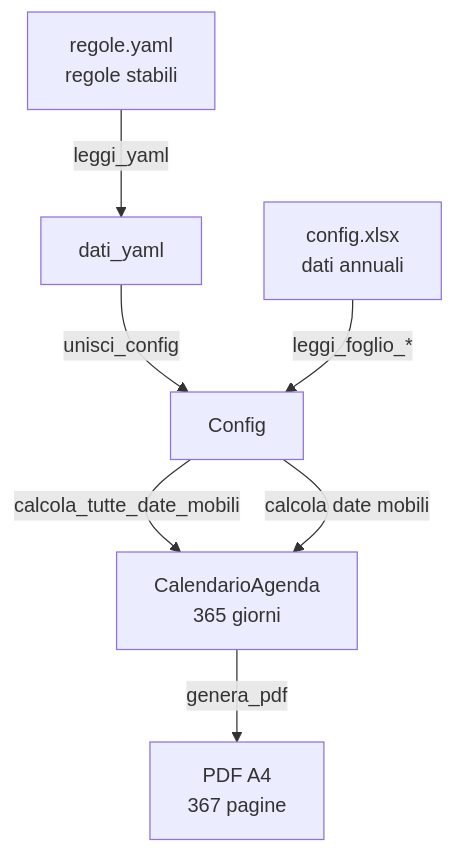
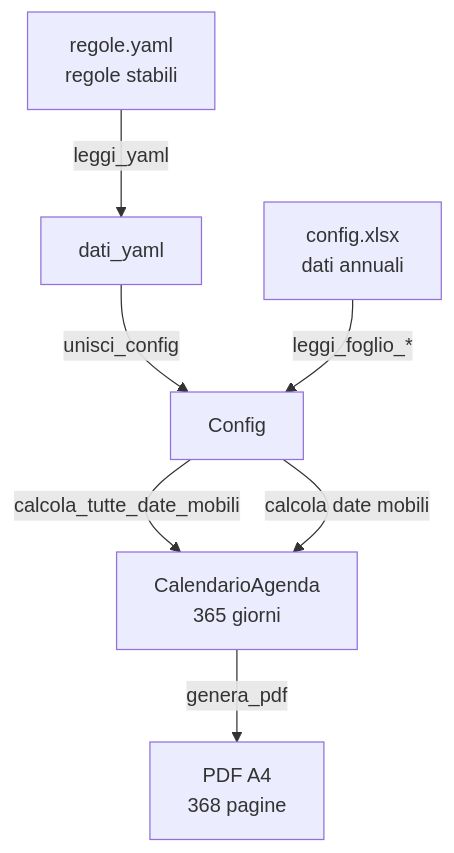
One commit to hac114/agenda-parrocchiale changed the diagram in docs/ARCHITETTURA.md. Above: the diagram before and after it, drawn with Mermaid. The commit also changed other lines of this file and 6 other files, not shown here.

````diff
--- a/docs/ARCHITETTURA.md
+++ b/docs/ARCHITETTURA.md
@@ -49,9 +49,9 @@
 ```mermaid
 flowchart TD
     A[regole.yaml<br/>regole stabili] -->|leggi_yaml| B[dati_yaml]
     B -->|unisci_config| C[Config]
     D[config.xlsx<br/>dati annuali] -->|leggi_foglio_*| C
     C -->|calcola_tutte_date_mobili| E[CalendarioAgenda<br/>365 giorni]
     C -->|calcola date mobili| E
-    E -->|genera_pdf| F[PDF A4<br/>367 pagine]
+    E -->|genera_pdf| F[PDF A4<br/>368 pagine]
 ```
````
